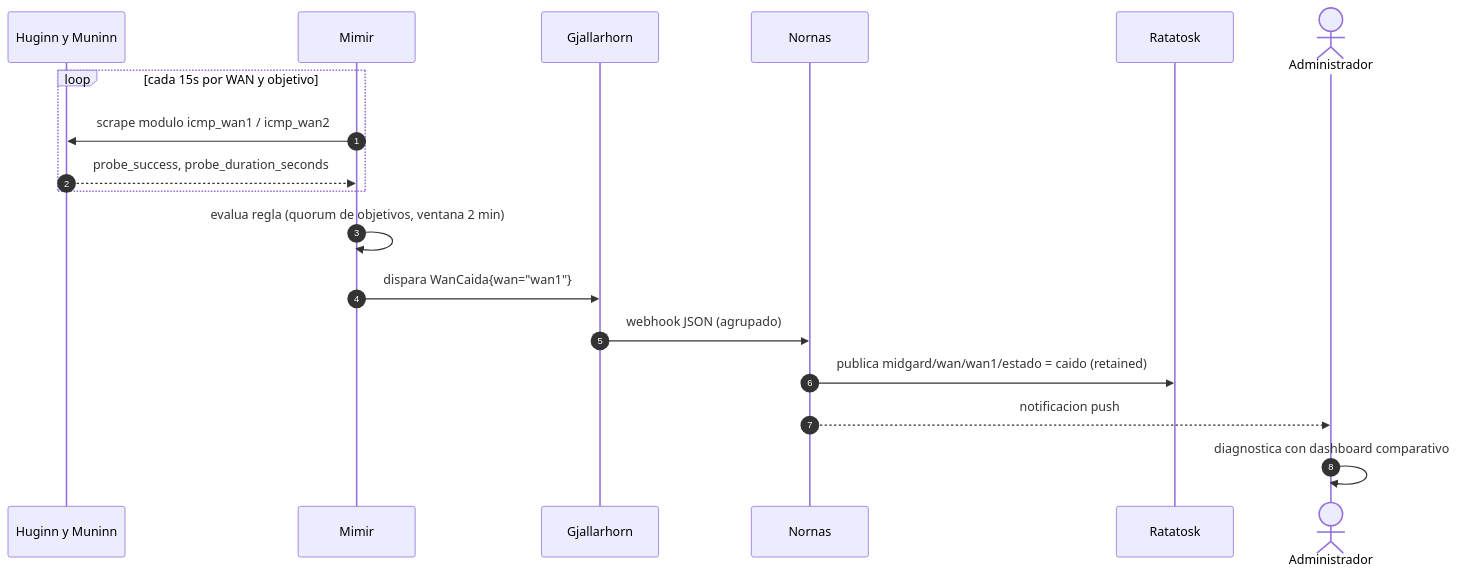
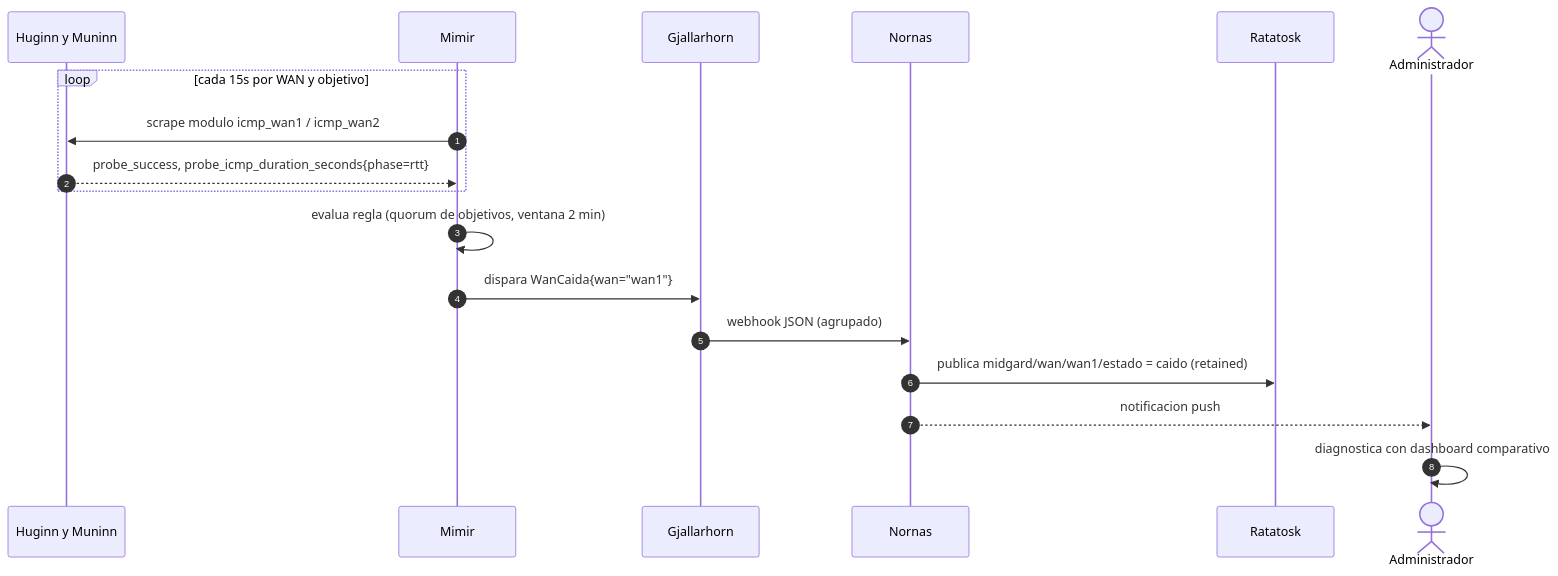
Before and after one commit to higerotech/yggdrasil: the second of 5 diagrams in docs/02-design/architecture.md, drawn with Mermaid. The commit also changed other lines of this file and 9 other files, not shown here.

````diff
--- a/docs/02-design/architecture.md
+++ b/docs/02-design/architecture.md
@@ -59,20 +59,20 @@
 ```mermaid
 sequenceDiagram
     autonumber
     participant BB as Huginn y Muninn
     participant P as Mimir
     participant AM as Gjallarhorn
     participant NR as Nornas
     participant MQ as Ratatosk
     actor A as Administrador
     loop cada 15s por WAN y objetivo
         P->>BB: scrape modulo icmp_wan1 / icmp_wan2
-        BB-->>P: probe_success, probe_duration_seconds
+        BB-->>P: probe_success, probe_icmp_duration_seconds{phase=rtt}
     end
     P->>P: evalua regla (quorum de objetivos, ventana 2 min)
     P->>AM: dispara WanCaida{wan="wan1"}
     AM->>NR: webhook JSON (agrupado)
     NR->>MQ: publica midgard/wan/wan1/estado = caido (retained)
     NR-->>A: notificacion push
     A->>A: diagnostica con dashboard comparativo
 ```
````
